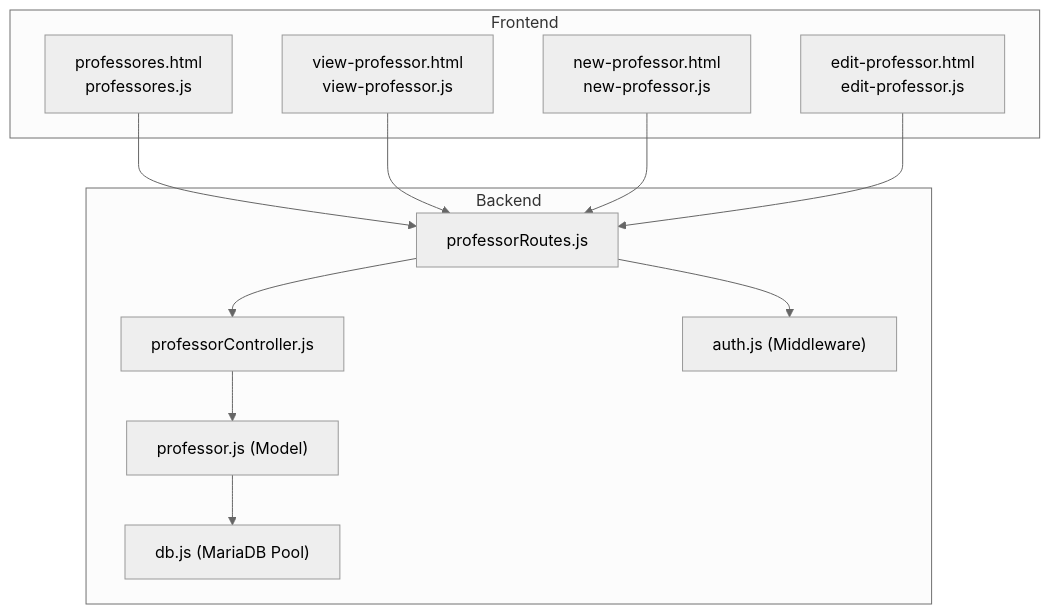
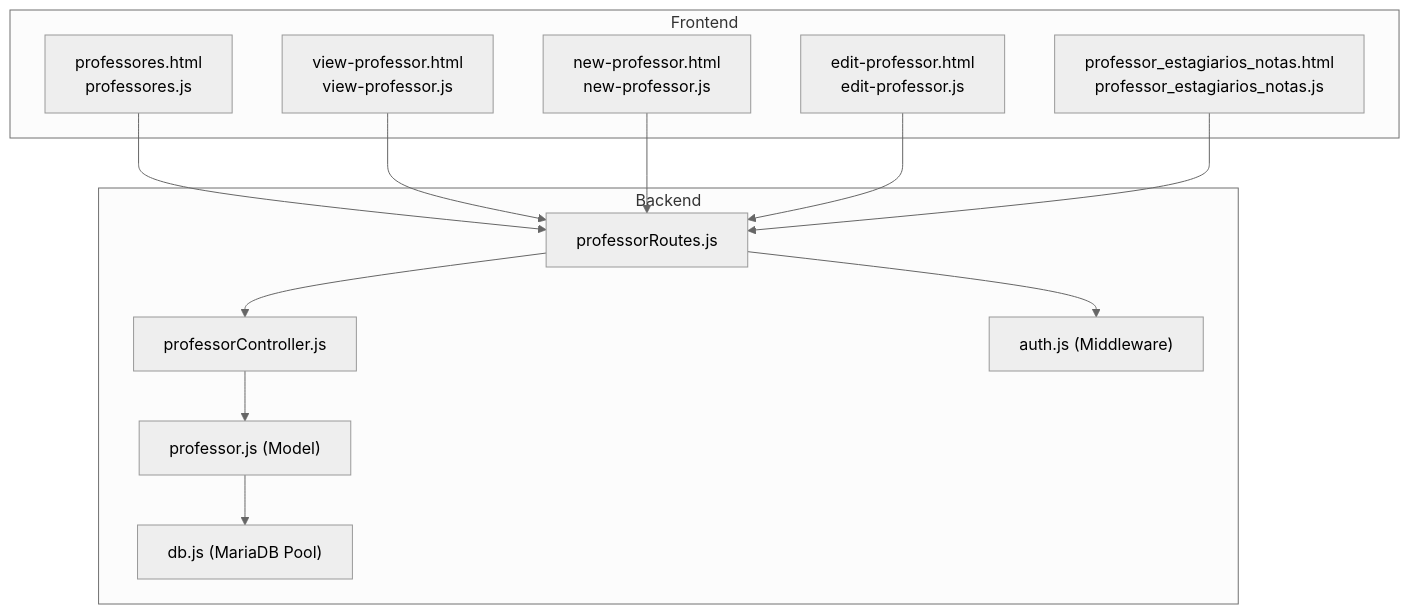
The first of 6 diagrams in .qoder/repowiki/en/content/Core Features Implementation/Professor Management.md (luiseduacosta/nodemural), drawn with Mermaid (neutral theme) before and after one commit. The commit also changed other lines of this file and 27 other files, not shown here.

````diff
--- a/.qoder/repowiki/en/content/Core Features Implementation/Professor Management.md
+++ b/.qoder/repowiki/en/content/Core Features Implementation/Professor Management.md
@@ -43,24 +55,26 @@
 ```mermaid
 graph TB
 subgraph "Frontend"
 FE_List["professores.html<br/>professores.js"]
 FE_View["view-professor.html<br/>view-professor.js"]
 FE_Create["new-professor.html<br/>new-professor.js"]
 FE_Edit["edit-professor.html<br/>edit-professor.js"]
+FE_Grade["professor_estagiarios_notas.html<br/>professor_estagiarios_notas.js"]
 end
 subgraph "Backend"
 R["professorRoutes.js"]
 C["professorController.js"]
 M["professor.js (Model)"]
 MW["auth.js (Middleware)"]
 DB["db.js (MariaDB Pool)"]
 end
 FE_List --> R
 FE_View --> R
 FE_Create --> R
 FE_Edit --> R
+FE_Grade --> R
 R --> MW
 R --> C
 C --> M
 M --> DB
 ```
````
